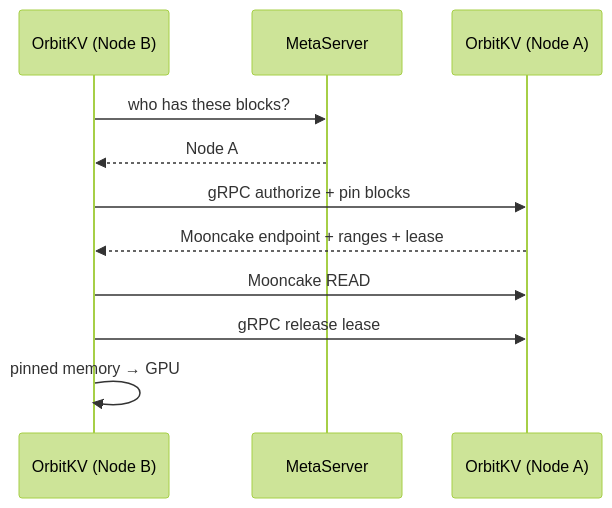
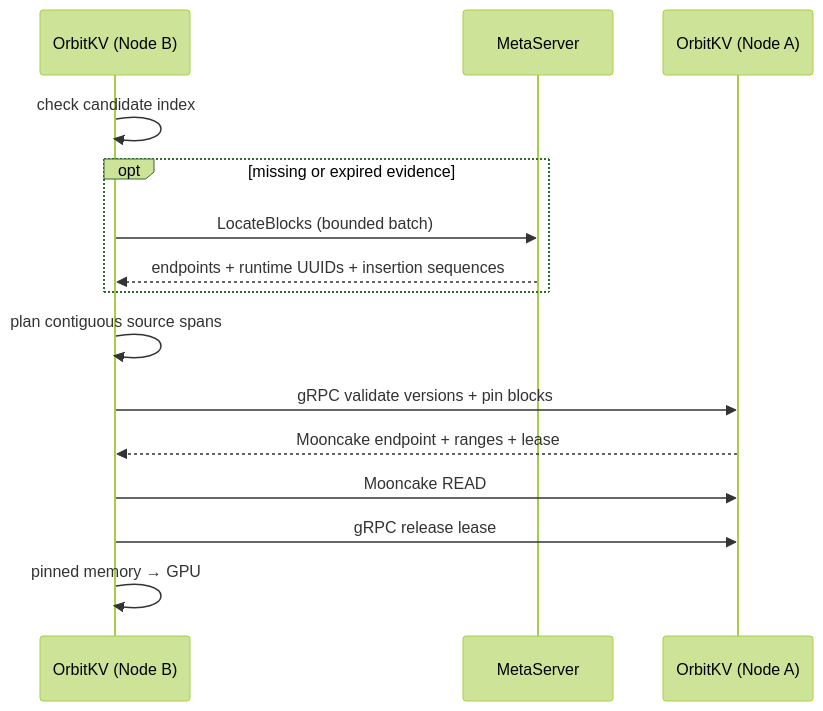
One commit to feichai0017/orbitkv changed the second of 2 diagrams in docs/p2p.md. Above: the diagram before and after it, drawn with Mermaid (forest theme). The commit also changed other lines of this file and 35 other files, not shown here.

````diff
--- a/docs/p2p.md
+++ b/docs/p2p.md
@@ -39,14 +41,18 @@
 ```mermaid
 sequenceDiagram
     participant B as OrbitKV (Node B)
     participant M as MetaServer
     participant A as OrbitKV (Node A)
 
-    B->>M: who has these blocks?
-    M-->>B: Node A
-    B->>A: gRPC authorize + pin blocks
+    B->>B: check candidate index
+    opt missing or expired evidence
+        B->>M: LocateBlocks (bounded batch)
+        M-->>B: endpoints + runtime UUIDs + insertion sequences
+    end
+    B->>B: plan contiguous source spans
+    B->>A: gRPC validate versions + pin blocks
     A-->>B: Mooncake endpoint + ranges + lease
     B->>A: Mooncake READ
     B->>A: gRPC release lease
     B->>B: pinned memory → GPU
 ```
````
